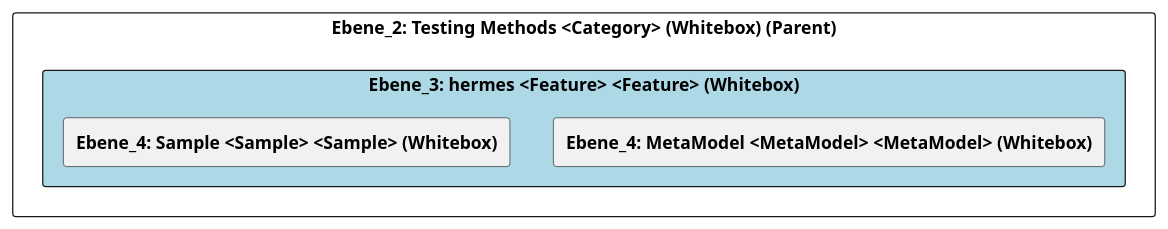
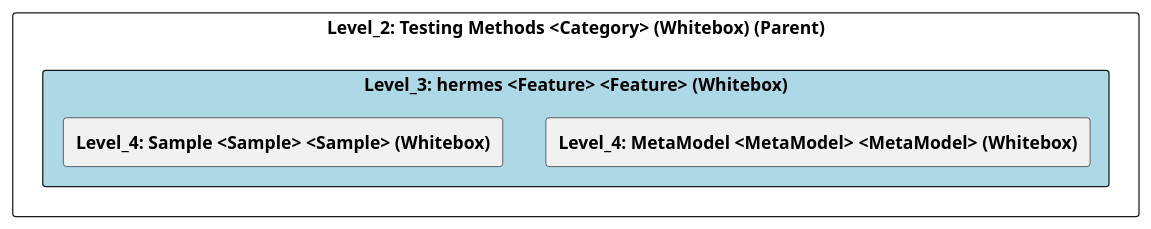
One commit to marcozwyssig/cleon changed the diagram in doc/cleonproject_deliverables_architecture_model_architecture/adoc/de/05_bausteinsicht/cleon/testing_methods/hermes/ebene_3_hermes.adoc. Above: the diagram before and after it, drawn with PlantUML. The commit also changed other lines of this file and 83 other files, not shown here.

```diff
--- a/doc/cleonproject_deliverables_architecture_model_architecture/adoc/de/05_bausteinsicht/cleon/testing_methods/hermes/ebene_3_hermes.adoc
+++ b/doc/cleonproject_deliverables_architecture_model_architecture/adoc/de/05_bausteinsicht/cleon/testing_methods/hermes/ebene_3_hermes.adoc
@@ -20,25 +20,25 @@
-[plantuml, Ebene_3: hermes <Feature> <Feature> (Whitebox)BlockOverview, format="svg"]
+[plantuml, Level_3: hermes <Feature> <Feature> (Whitebox)BlockOverview, format="svg"]
 ----
-@startuml Ebene_3: hermes <Feature> <Feature> (Whitebox)BuildingBlockOverview
+@startuml Level_3: hermes <Feature> <Feature> (Whitebox)BuildingBlockOverview
 
 skinparam ranksep 10
 skinparam componentStyle rectangle
 skinparam shadowing false
 skinparam arrowColor lightblue
 skinparam arrowThickness 1.2
 skinparam rectangle {
   BackgroundColor White
   BorderColor #333
   RoundCorner 10
 }
 top to bottom direction
 
-component "Ebene_2: Testing Methods <Category> (Whitebox) (Parent)" {
-    component "Ebene_3: hermes <Feature> <Feature> (Whitebox)" #lightblue {
-        [**Ebene_4: MetaModel <MetaModel> <MetaModel> (Whitebox)**] as 4A56DE3F_D579_11EE_903E_9F564E4DE07E
-        [**Ebene_4: Sample <Sample> <Sample> (Whitebox)**] as 4A56DE42_D579_11EE_903E_9F564E4DE07E
+component "Level_2: Testing Methods <Category> (Whitebox) (Parent)" {
+    component "Level_3: hermes <Feature> <Feature> (Whitebox)" #lightblue {
+        [**Level_4: MetaModel <MetaModel> <MetaModel> (Whitebox)**] as 4A56DE3F_D579_11EE_903E_9F564E4DE07E
+        [**Level_4: Sample <Sample> <Sample> (Whitebox)**] as 4A56DE42_D579_11EE_903E_9F564E4DE07E
     }
 }
 
 @enduml
 ----
```
